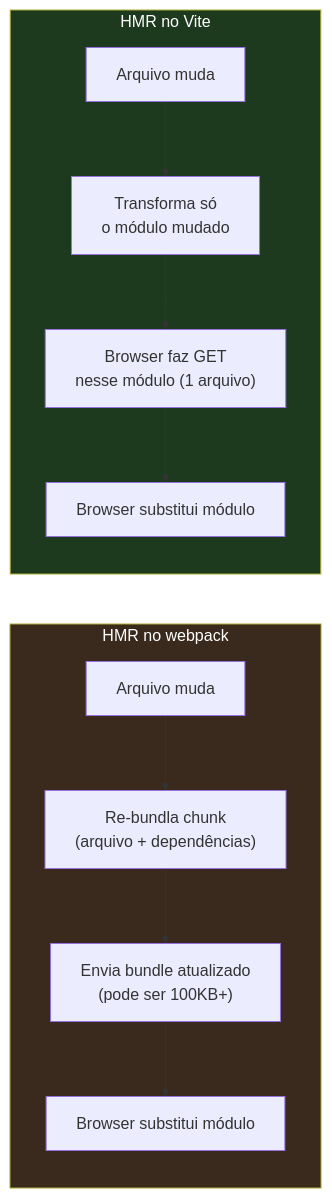
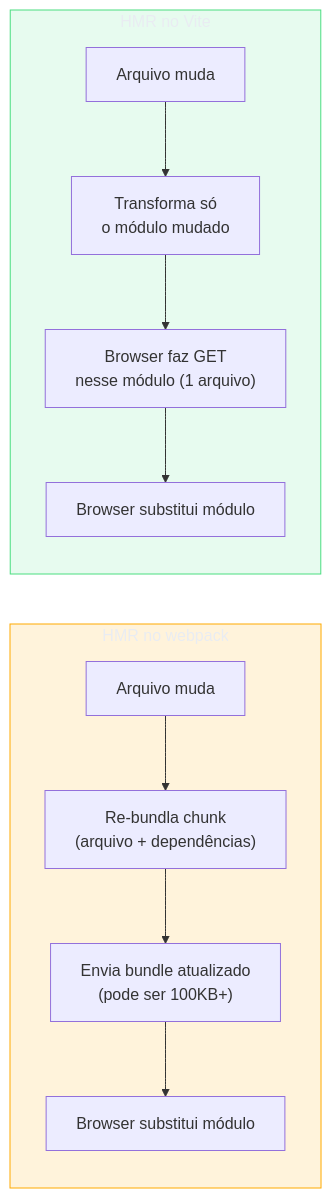
The fifth of 9 diagrams in 03-Dominios/Tecnologia/Tooling e Build/09 - Dev server e HMR.md (josenaldo/codex-technomanticus), drawn with Mermaid before and after one commit. The commit also changed other lines of this file and 1181 other files, not shown here.

First line of the commit message:
fix(diagramas): paleta do sistema no lugar de cor cravada no markdown

````diff
--- a/03-Dominios/Tecnologia/Tooling e Build/09 - Dev server e HMR.md
+++ b/03-Dominios/Tecnologia/Tooling e Build/09 - Dev server e HMR.md
@@ -171,21 +175,23 @@
 ```mermaid
 graph LR
+    classDef destaque fill:#FFAA0024,stroke:#FFAA00,color:#E9ECF2
+    classDef ok fill:#4ADE8021,stroke:#4ADE80,color:#E9ECF2
     subgraph WEBPACK["HMR no webpack"]
         W1["Arquivo muda"]
         W2["Re-bundla chunk\n(arquivo + dependências)"]
         W3["Envia bundle atualizado\n(pode ser 100KB+)"]
         W4["Browser substitui módulo"]
         W1 --> W2 --> W3 --> W4
     end
 
     subgraph VITE["HMR no Vite"]
         V1["Arquivo muda"]
         V2["Transforma só\no módulo mudado"]
         V3["Browser faz GET\nnesse módulo (1 arquivo)"]
         V4["Browser substitui módulo"]
         V1 --> V2 --> V3 --> V4
     end
 
-    style WEBPACK fill:#3a2a1e,color:#fff
-    style VITE fill:#1e3a1e,color:#fff
+    class WEBPACK destaque
+    class VITE ok
 ```
````
